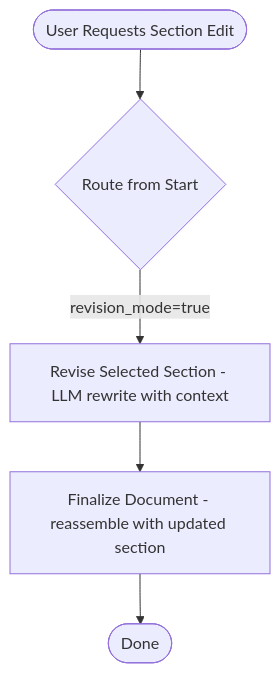
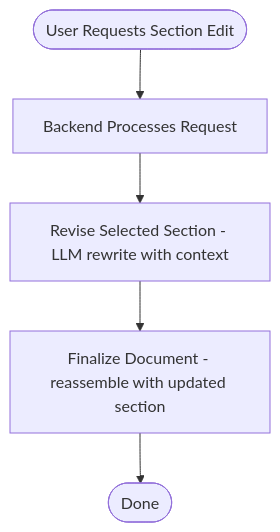
Before and after one commit to Ta1al/automated-SRS-generator: the third of 4 diagrams in documentation/activity_diagram.md, drawn with Mermaid. The commit also changed other lines of this file and 5 other files, not shown here.

First line of the commit message:
Enhance documentation with updated data flow diagrams, design document, ER diagram, and new use case diagram

````diff
--- a/documentation/activity_diagram.md
+++ b/documentation/activity_diagram.md
@@ -87,7 +93,7 @@
 ```mermaid
 flowchart TD
-    Start([User Requests Section Edit]) --> RouteStart{Route from Start}
-    RouteStart -->|revision_mode=true| Revise[Revise Selected Section - LLM rewrite with context]
+    Start([User Requests Section Edit]) --> B[Backend Processes Request]
+    B --> Revise[Revise Selected Section - LLM rewrite with context]
     Revise --> Finalize[Finalize Document - reassemble with updated section]
     Finalize --> End([Done])
 ```
````
